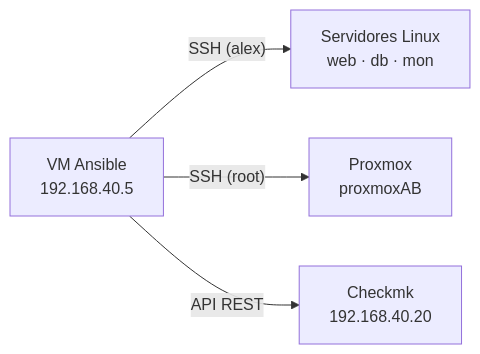
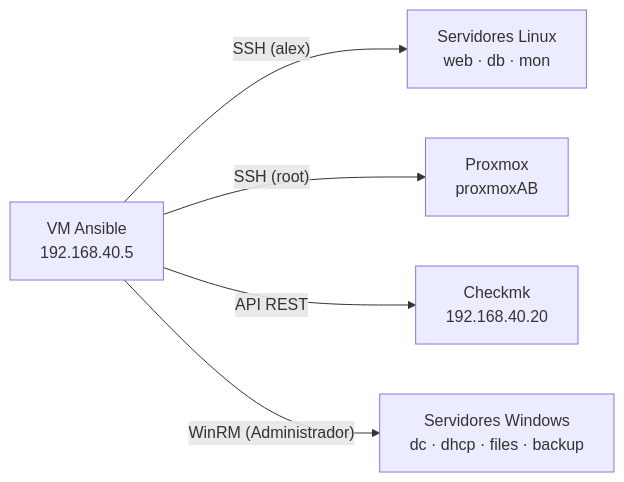
One commit to alex-gutierrezz/Proyecto-Intermodular-Berta-Sipek-Alex-Gutierrez changed the diagram in ansible/README.md. Above: the diagram before and after it, drawn with Mermaid. The commit also changed other lines of this file and 1 other file, not shown here.

Commit message:
docs(ansible): documenta los playbooks de Windows y añade la guía de AD, DNS y DHCP

````diff
--- a/ansible/README.md
+++ b/ansible/README.md
@@ -27,6 +27,7 @@
 ```mermaid
 flowchart LR
     A["VM Ansible<br/>192.168.40.5"] -- SSH (alex) --> L["Servidores Linux<br/>web · db · mon"]
     A -- SSH (root) --> P["Proxmox<br/>proxmoxAB"]
     A -- API REST --> C["Checkmk<br/>192.168.40.20"]
+    A -- WinRM (Administrador) --> W["Servidores Windows<br/>dc · dhcp · files · backup"]
 ```
````
